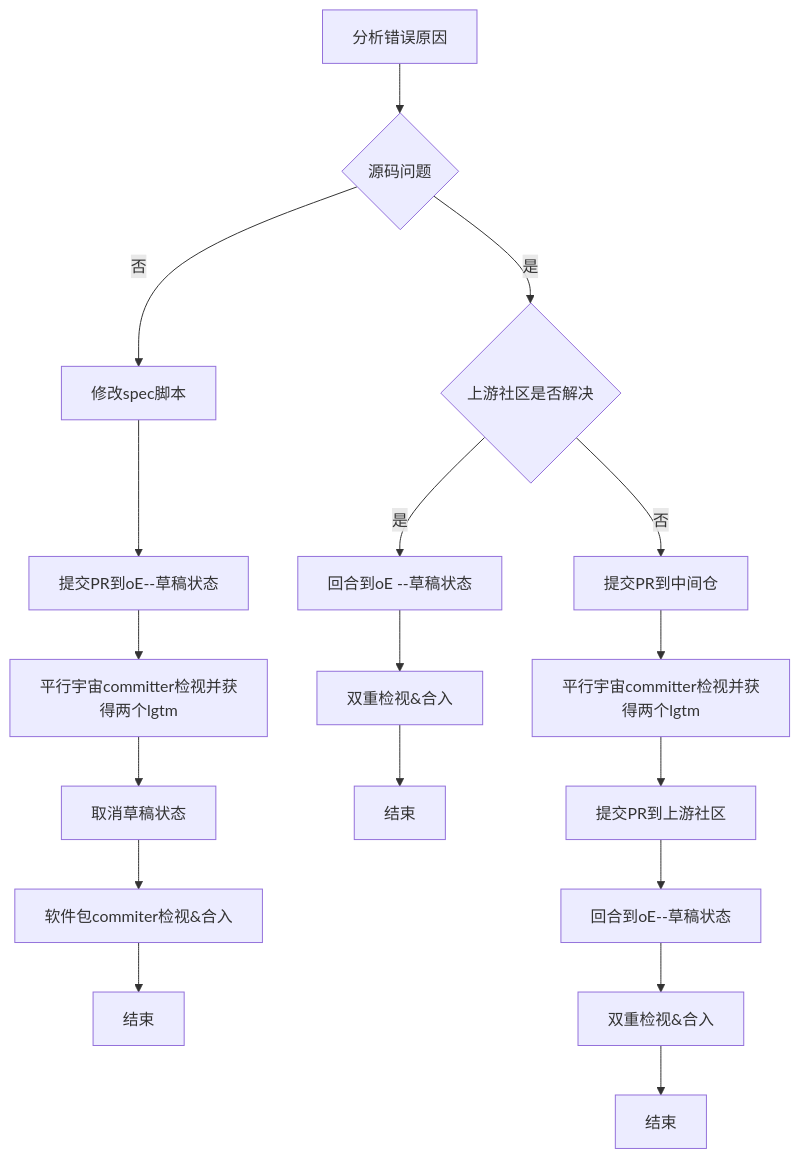
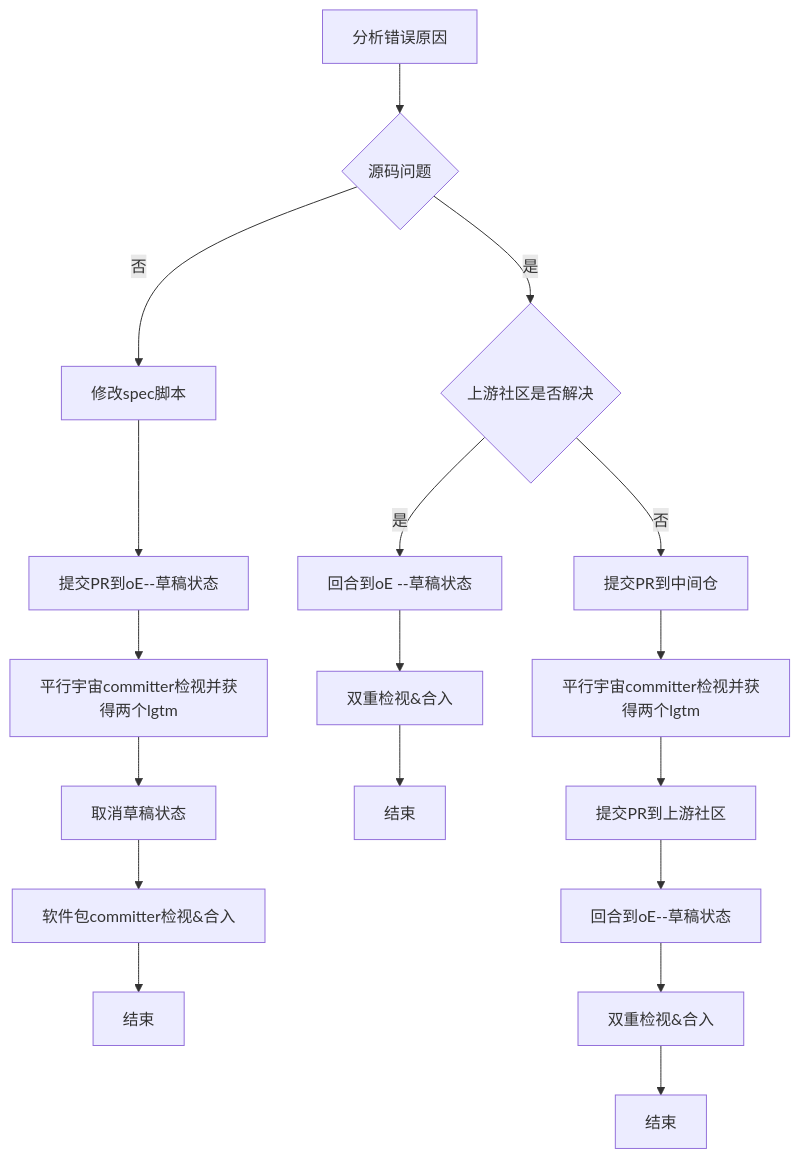
Before and after one commit to openeuler-mirror/compiler-docs: the diagram in LLVM Parallel Universe Project/参与贡献指导.md, drawn with Mermaid. The commit also changed other lines of this file and 1 other file, not shown here.

Commit message:
提交修改

````diff
--- a/LLVM Parallel Universe Project/参与贡献指导.md
+++ b/LLVM Parallel Universe Project/参与贡献指导.md
@@ -14,13 +14,13 @@
 ```mermaid
 flowchart TD
 
     A[分析错误原因] --> B{源码问题}
     B -->|否| D[修改spec脚本]
     B -->|是| C{上游社区是否解决}
     D -->D1[提交PR到oE--草稿状态]--> D2[平行宇宙committer检视并获得两个lgtm] -->D3[取消草稿状态]
-    D3--> D4[软件包commiter检视&合入] --> D5[结束]
+    D3--> D4[软件包committer检视&合入] --> D5[结束]
     C -->|是| E1[回合到oE --草稿状态]-->E2[双重检视&合入] --> E3[结束]
     C -->|否| F1[提交PR到中间仓]
     F1 --> F2[平行宇宙committer检视并获得两个lgtm] --> F3[提交PR到上游社区]
     F3 --> F4[回合到oE--草稿状态] --> F5[双重检视&合入]--> F6[结束]
 ```
````
